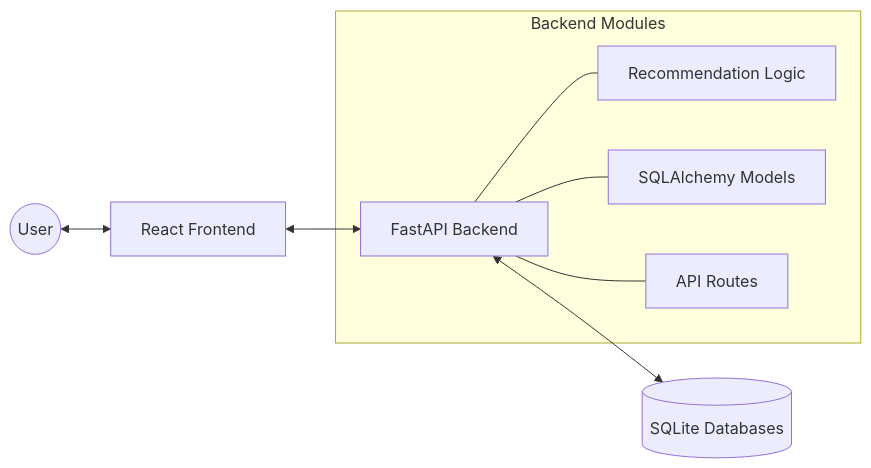
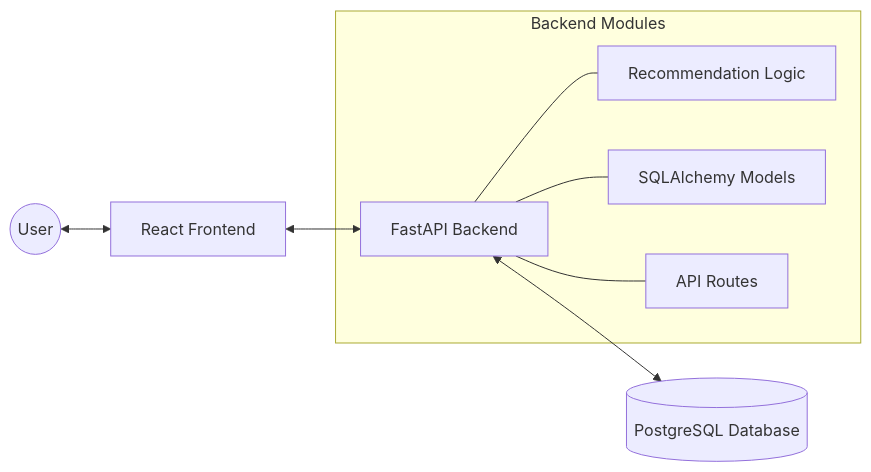
Before and after one commit to AtulACleaver/nutrikart: the second of 2 diagrams in README.md, drawn with Mermaid. The commit also changed other lines of this file and 1 other file, not shown here.

First line of the commit message:
Update README references from SQLite to PostgreSQL

````diff
--- a/README.md
+++ b/README.md
@@ -52,12 +52,12 @@
 ```mermaid
 graph LR
     User((User)) <--> Frontend[React Frontend]
     Frontend <--> API[FastAPI Backend]
-    API <--> DB[(SQLite Databases)]
+    API <--> DB[(PostgreSQL Database)]
     
     subgraph "Backend Modules"
     API --- R[Recommendation Logic]
     API --- M[SQLAlchemy Models]
     API --- RT[API Routes]
     end
 ```
````
